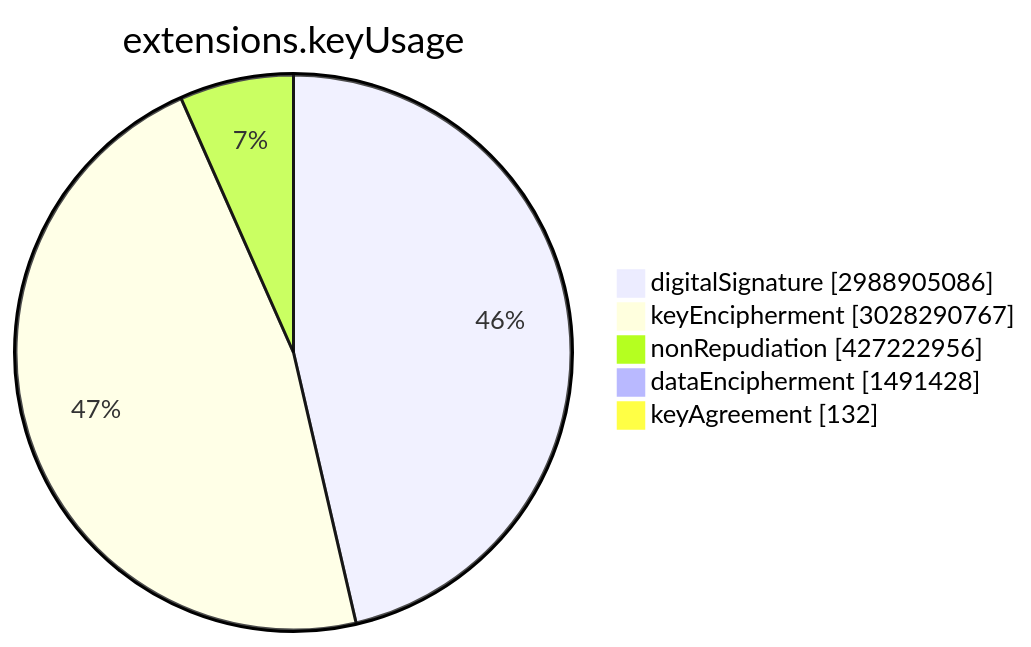
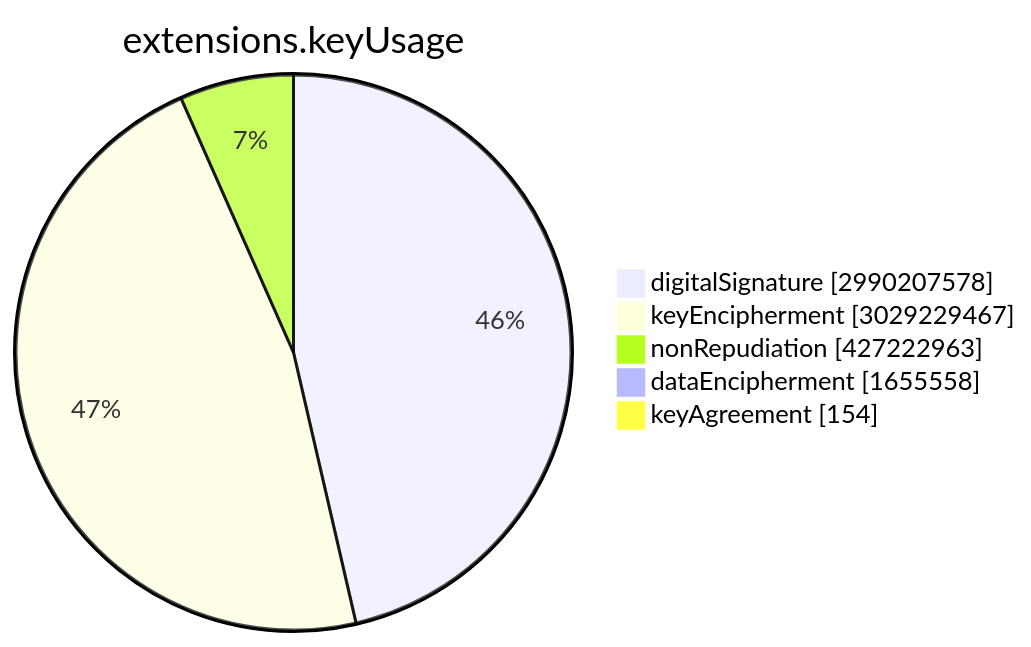
The sixth of 15 diagrams in TOTAL/README.md (christiankrug/ctmonitor_visualization), drawn with Mermaid before and after one commit. The commit also changed other lines of this file, not shown here.

````diff
--- a/TOTAL/README.md
+++ b/TOTAL/README.md
@@ -3071,9 +3071,9 @@
 ```mermaid
 pie showData
 title extensions.keyUsage
-"digitalSignature" :2988905086
-"keyEncipherment" :3028290767
-"nonRepudiation" :427222956
-"dataEncipherment" :1491428
-"keyAgreement" :132
+"digitalSignature" :2990207578
+"keyEncipherment" :3029229467
+"nonRepudiation" :427222963
+"dataEncipherment" :1655558
+"keyAgreement" :154
 ```
````
